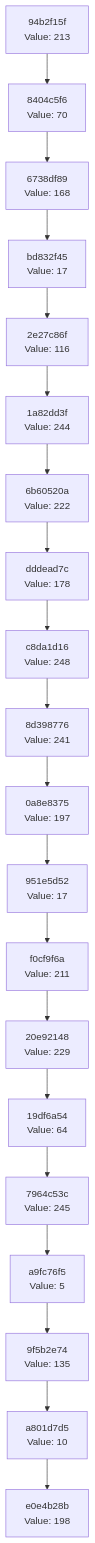
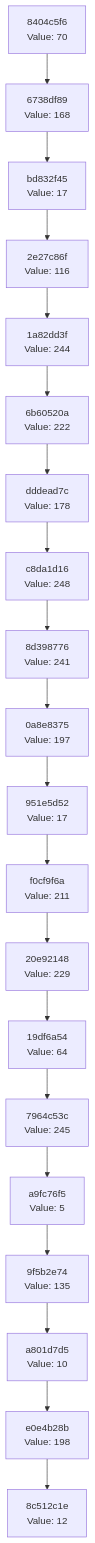
One commit to Abhisheksinha1506/hash-chain-evolver changed the diagram in docs/CHAIN_VISUALIZATION.md. Above: the diagram before and after it, drawn with Mermaid. The commit also changed 2 other files, not shown here.

Commit message:
Evolution Step

````diff
--- a/docs/CHAIN_VISUALIZATION.md
+++ b/docs/CHAIN_VISUALIZATION.md
@@ -3,42 +3,42 @@
 ```mermaid
 graph TD
-    C0["e0e4b28b<br/>Value: 198"]
-    C1["a801d7d5<br/>Value: 10"]
+    C0["8c512c1e<br/>Value: 12"]
+    C1["e0e4b28b<br/>Value: 198"]
     C1 --> C0
-    C2["9f5b2e74<br/>Value: 135"]
+    C2["a801d7d5<br/>Value: 10"]
     C2 --> C1
-    C3["a9fc76f5<br/>Value: 5"]
+    C3["9f5b2e74<br/>Value: 135"]
     C3 --> C2
-    C4["7964c53c<br/>Value: 245"]
+    C4["a9fc76f5<br/>Value: 5"]
     C4 --> C3
-    C5["19df6a54<br/>Value: 64"]
+    C5["7964c53c<br/>Value: 245"]
     C5 --> C4
-    C6["20e92148<br/>Value: 229"]
+    C6["19df6a54<br/>Value: 64"]
     C6 --> C5
-    C7["f0cf9f6a<br/>Value: 211"]
+    C7["20e92148<br/>Value: 229"]
     C7 --> C6
-    C8["951e5d52<br/>Value: 17"]
+    C8["f0cf9f6a<br/>Value: 211"]
     C8 --> C7
-    C9["0a8e8375<br/>Value: 197"]
+    C9["951e5d52<br/>Value: 17"]
     C9 --> C8
-    C10["8d398776<br/>Value: 241"]
+    C10["0a8e8375<br/>Value: 197"]
     C10 --> C9
-    C11["c8da1d16<br/>Value: 248"]
+    C11["8d398776<br/>Value: 241"]
     C11 --> C10
-    C12["dddead7c<br/>Value: 178"]
+    C12["c8da1d16<br/>Value: 248"]
     C12 --> C11
-    C13["6b60520a<br/>Value: 222"]
+    C13["dddead7c<br/>Value: 178"]
     C13 --> C12
-    C14["1a82dd3f<br/>Value: 244"]
+    C14["6b60520a<br/>Value: 222"]
     C14 --> C13
-    C15["2e27c86f<br/>Value: 116"]
+    C15["1a82dd3f<br/>Value: 244"]
     C15 --> C14
-    C16["bd832f45<br/>Value: 17"]
+    C16["2e27c86f<br/>Value: 116"]
     C16 --> C15
-    C17["6738df89<br/>Value: 168"]
+    C17["bd832f45<br/>Value: 17"]
     C17 --> C16
-    C18["8404c5f6<br/>Value: 70"]
+    C18["6738df89<br/>Value: 168"]
     C18 --> C17
-    C19["94b2f15f<br/>Value: 213"]
+    C19["8404c5f6<br/>Value: 70"]
     C19 --> C18
 ```
````
